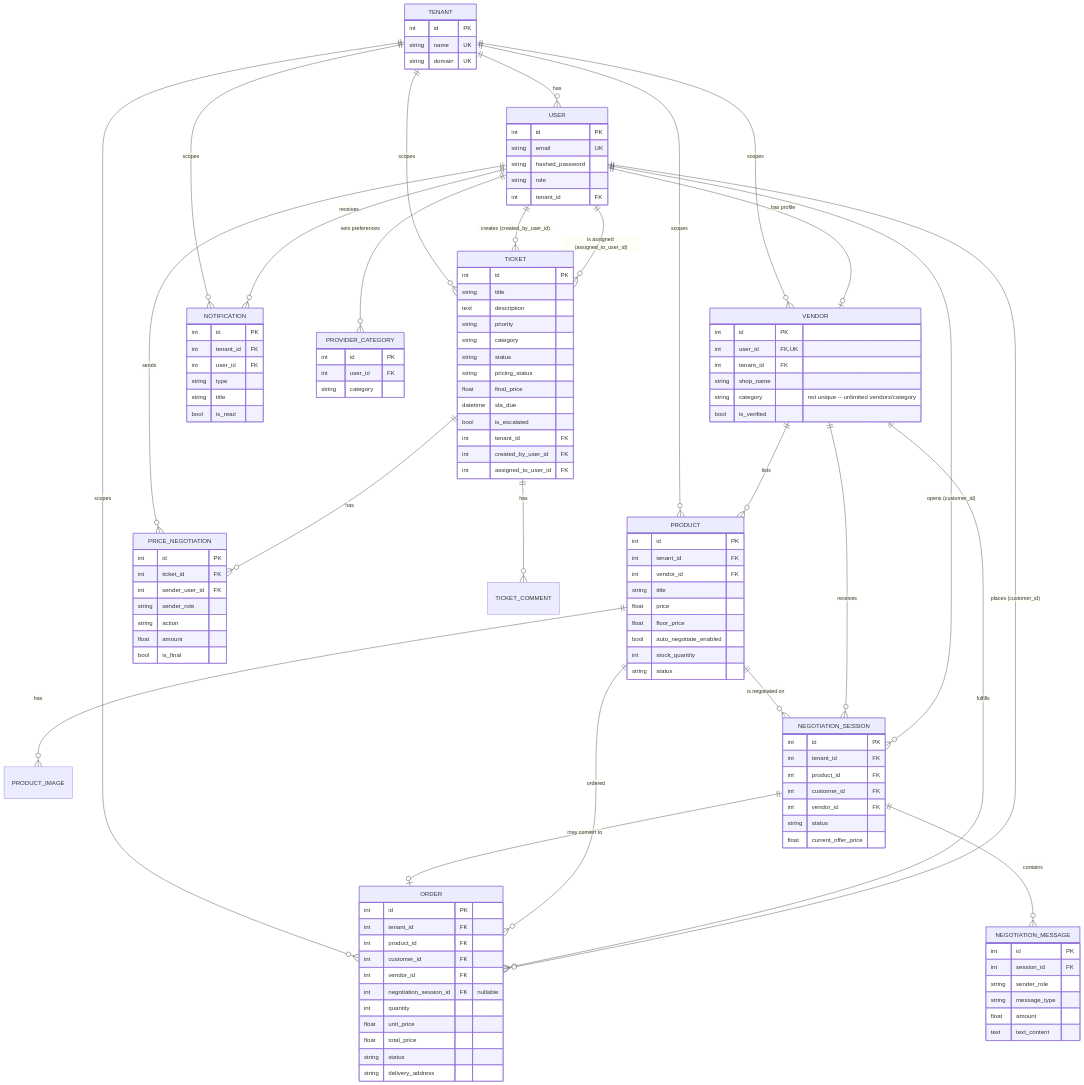
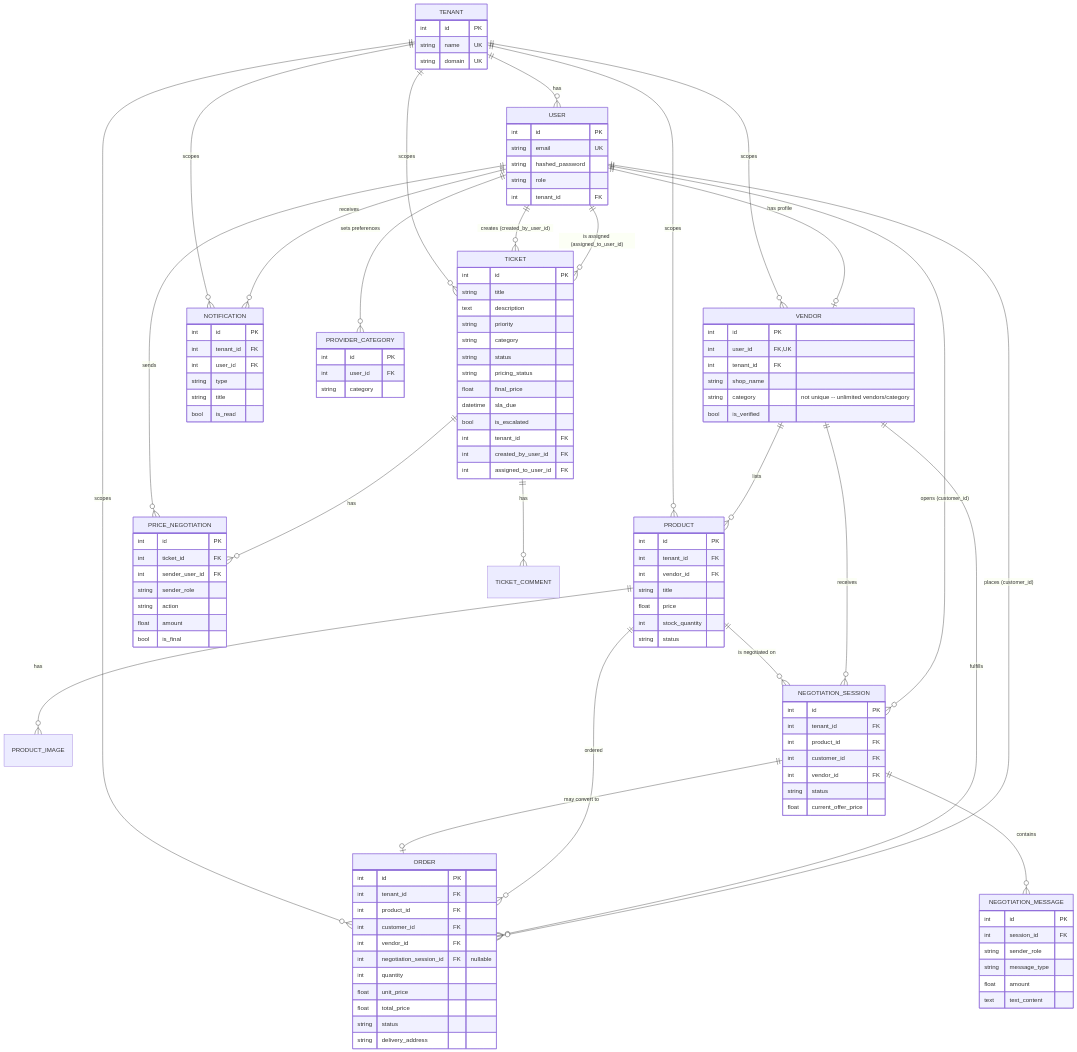
Before and after one commit to Dracula-5/AI-TICKETING-SYSTEM: the first of 5 diagrams in docs/LLD.md, drawn with Mermaid. The commit also changed other lines of this file and 19 other files, not shown here.

```diff
--- a/docs/LLD.md
+++ b/docs/LLD.md
@@ -86,8 +86,6 @@
         int vendor_id FK
         string title
         float price
-        float floor_price
-        bool auto_negotiate_enabled
         int stock_quantity
         string status
     }
```
